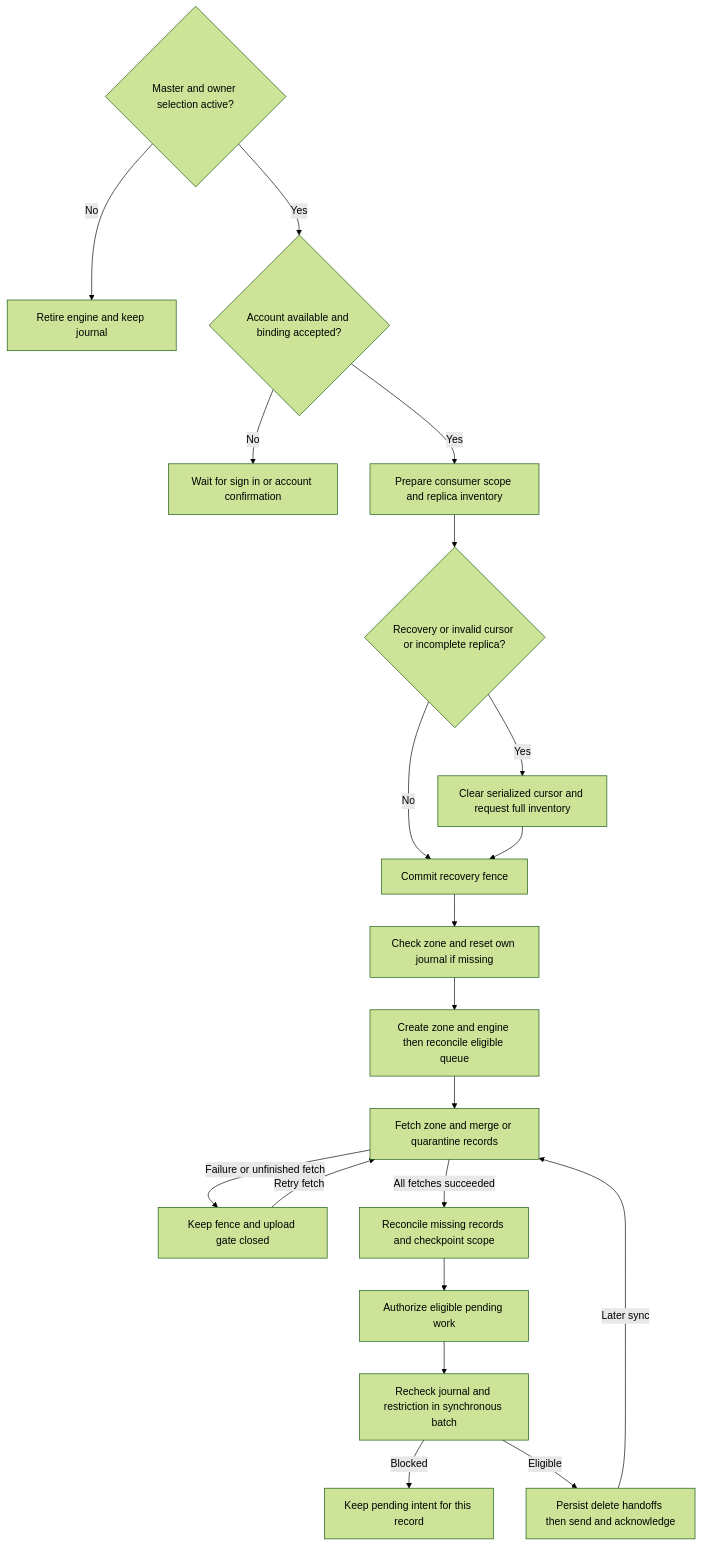
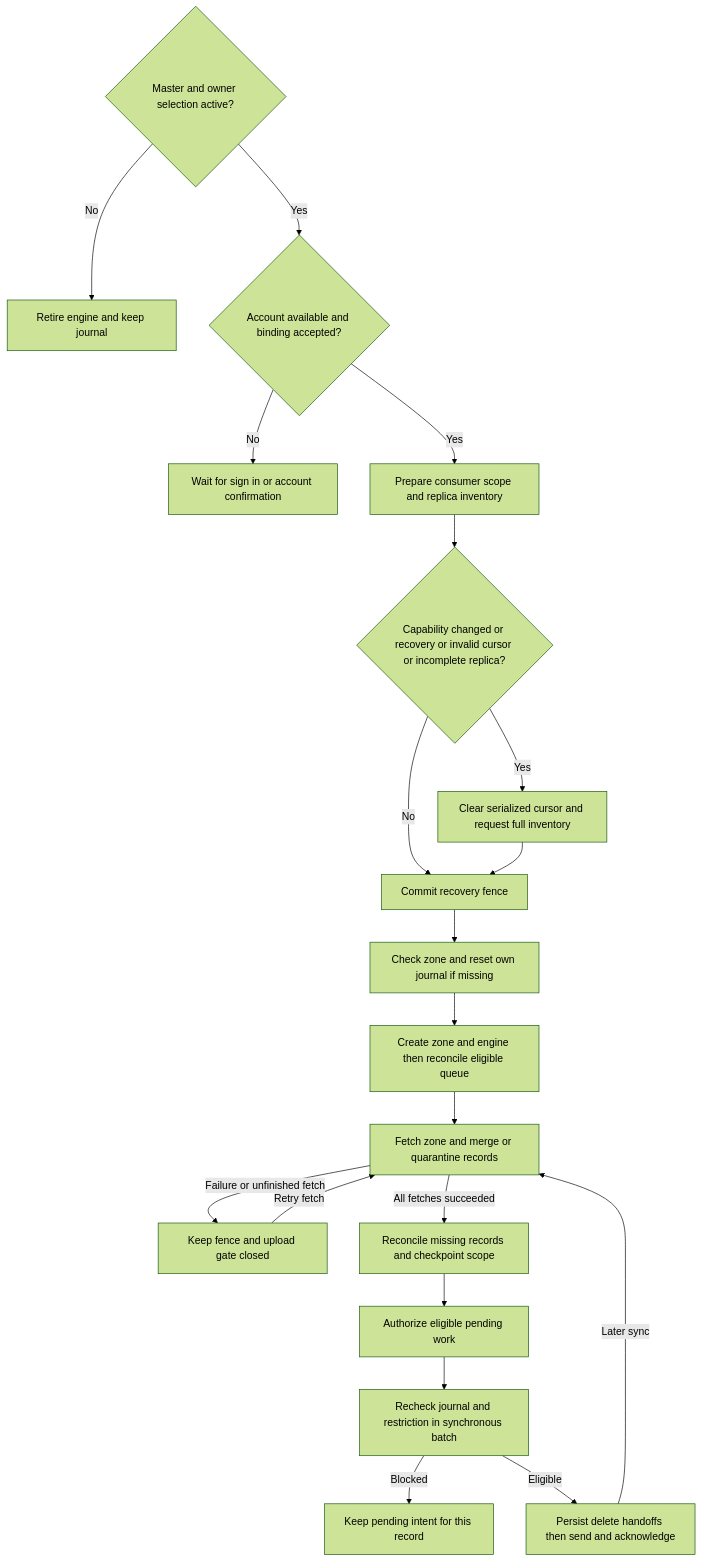
The third of 6 diagrams in openwiki/workflows/settings-and-cloud-sync.md (AkinoKaede/Termind), drawn with Mermaid (forest theme) before and after one commit. The commit also changed other lines of this file and 65 other files, not shown here.

````diff
--- a/openwiki/workflows/settings-and-cloud-sync.md
+++ b/openwiki/workflows/settings-and-cloud-sync.md
@@ -210,22 +230,22 @@
 ```mermaid
 flowchart TD
     Selection{"Master and owner selection active?"} -->|No| Paused["Retire engine and keep journal"]
     Selection -->|Yes| Binding{"Account available and binding accepted?"}
     Binding -->|No| Waiting["Wait for sign in or account confirmation"]
     Binding -->|Yes| Prepare["Prepare consumer scope and replica inventory"]
-    Prepare --> Cursor{"Recovery or invalid cursor or incomplete replica?"}
+    Prepare --> Cursor{"Capability changed or recovery or invalid cursor or incomplete replica?"}
     Cursor -->|Yes| Fresh["Clear serialized cursor and request full inventory"]
     Cursor -->|No| Fence["Commit recovery fence"]
     Fresh --> Fence
     Fence --> Zone["Check zone and reset own journal if missing"]
     Zone --> Engine["Create zone and engine then reconcile eligible queue"]
     Engine --> Fetch["Fetch zone and merge or quarantine records"]
     Fetch -->|Failure or unfinished fetch| Closed["Keep fence and upload gate closed"]
     Closed -->|Retry fetch| Fetch
     Fetch -->|All fetches succeeded| Inventory["Reconcile missing records and checkpoint scope"]
     Inventory --> Ready["Authorize eligible pending work"]
     Ready --> Batch["Recheck journal and restriction in synchronous batch"]
     Batch -->|Blocked| Held["Keep pending intent for this record"]
     Batch -->|Eligible| Send["Persist delete handoffs then send and acknowledge"]
     Send -->|Later sync| Fetch
 ```
````
